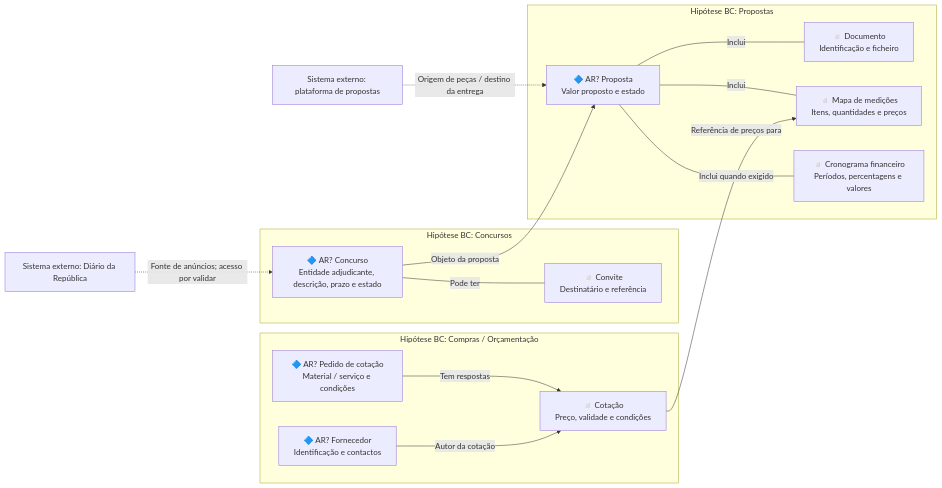
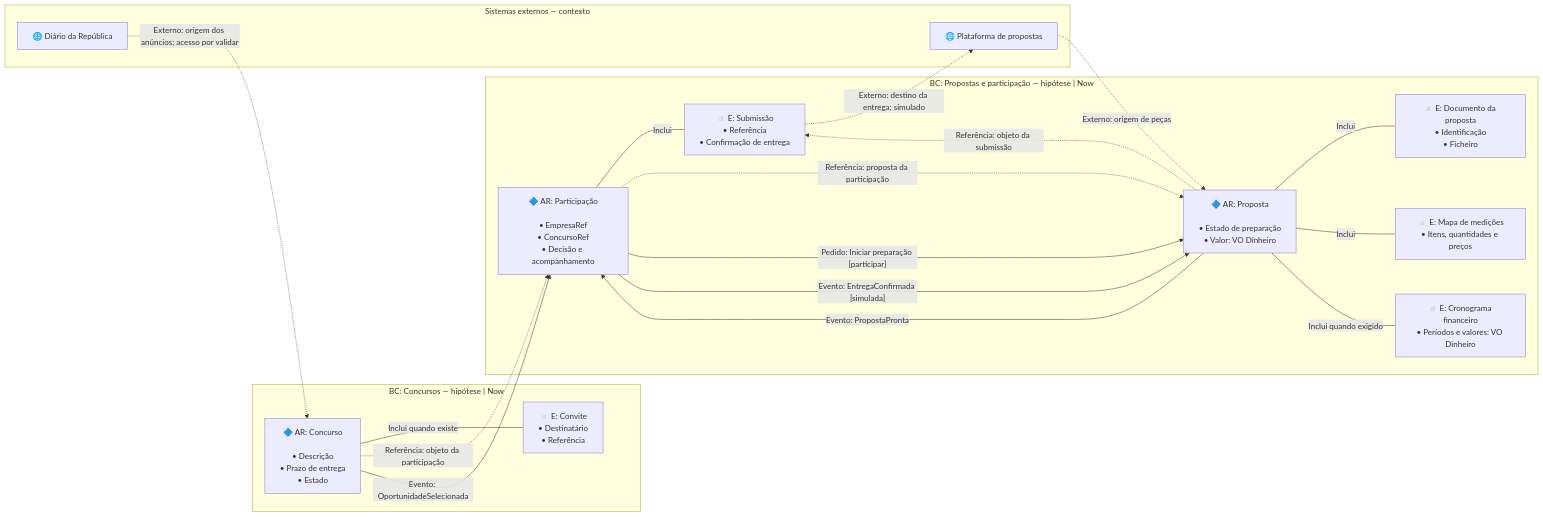
The diagram in context/formats/entity-aggregate-flows.md (prumod/cairn-web), drawn with Mermaid before and after one commit. The commit also changed other lines of this file and 4 other files, not shown here.

Commit message:
docs: restore required DDD diagram notation (#22)

````diff
--- a/context/formats/entity-aggregate-flows.md
+++ b/context/formats/entity-aggregate-flows.md
@@ -31,34 +34,37 @@
 ```mermaid
 flowchart LR
-    subgraph CONCURSOS["Hipótese BC: Concursos"]
-        C["🔷 AR? Concurso<br/>Entidade adjudicante, descrição, prazo e estado"]
-        V["◽ Convite<br/>Destinatário e referência"]
-        C ---|"Pode ter"| V
+    subgraph BC_CONCURSOS["BC: Concursos — hipótese | Now"]
+        C["🔷 AR: Concurso<br/><br/>• Descrição<br/>• Prazo de entrega<br/>• Estado"]
+        V["◽ E: Convite<br/>• Destinatário<br/>• Referência"]
+        C ---|"Inclui quando existe"| V
     end
 
-    subgraph PROPOSTAS["Hipótese BC: Propostas"]
-        P["🔷 AR? Proposta<br/>Valor proposto e estado"]
-        D["◽ Documento<br/>Identificação e ficheiro"]
-        MM["◽ Mapa de medições<br/>Itens, quantidades e preços"]
-        CF["◽ Cronograma financeiro<br/>Períodos, percentagens e valores"]
+    subgraph BC_PROPOSTAS["BC: Propostas e participação — hipótese | Now"]
+        PA["🔷 AR: Participação<br/><br/>• EmpresaRef<br/>• ConcursoRef<br/>• Decisão e acompanhamento"]
+        S["◽ E: Submissão<br/>• Referência<br/>• Confirmação de entrega"]
+        P["🔷 AR: Proposta<br/><br/>• Estado de preparação<br/>• Valor: VO Dinheiro"]
+        D["◽ E: Documento da proposta<br/>• Identificação<br/>• Ficheiro"]
+        MM["◽ E: Mapa de medições<br/>• Itens, quantidades e preços"]
+        CF["◽ E: Cronograma financeiro<br/>• Períodos e valores: VO Dinheiro"]
+        PA ---|"Inclui"| S
         P ---|"Inclui"| D
         P ---|"Inclui"| MM
         P ---|"Inclui quando exigido"| CF
     end
 
-    subgraph COMPRAS["Hipótese BC: Compras / Orçamentação"]
-        PC["🔷 AR? Pedido de cotação<br/>Material / serviço e condições"]
-        CT["◽ Cotação<br/>Preço, validade e condições"]
-        F["🔷 AR? Fornecedor<br/>Identificação e contactos"]
-        PC -->|"Tem respostas"| CT
-        F -->|"Autor da cotação"| CT
+    C -. "Referência: objeto da participação" .-> PA
+    PA -. "Referência: proposta da participação" .-> P
+    P -. "Referência: objeto da submissão" .-> S
+    C -->|"Evento: OportunidadeSelecionada"| PA
+    PA -->|"Pedido: Iniciar preparação [participar]"| P
+    P -->|"Evento: PropostaPronta"| PA
+    PA -->|"Evento: EntregaConfirmada [simulada]"| P
+
+    subgraph EXTERNOS["Sistemas externos — contexto"]
+        DR["🌐 Diário da República"]
+        PLAT["🌐 Plataforma de propostas"]
     end
-
-    C -->|"Objeto da proposta"| P
-    CT -->|"Referência de preços para"| MM
-
-    DR["Sistema externo: Diário da República"]
-    PLAT["Sistema externo: plataforma de propostas"]
-    DR -. "Fonte de anúncios; acesso por validar" .-> C
-    PLAT -. "Origem de peças / destino da entrega" .-> P
+    DR -. "Externo: origem dos anúncios; acesso por validar" .-> C
+    PLAT -. "Externo: origem de peças" .-> P
+    S -. "Externo: destino da entrega; simulado" .-> PLAT
 ```
````
